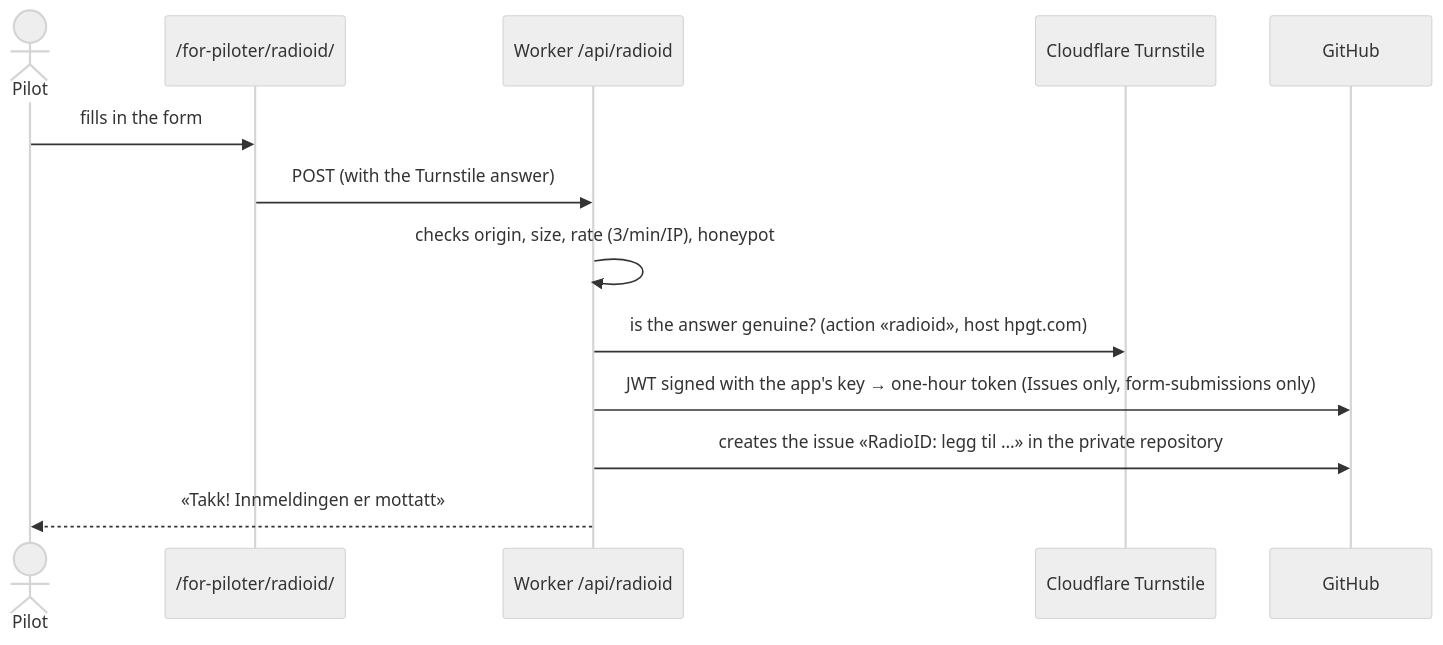
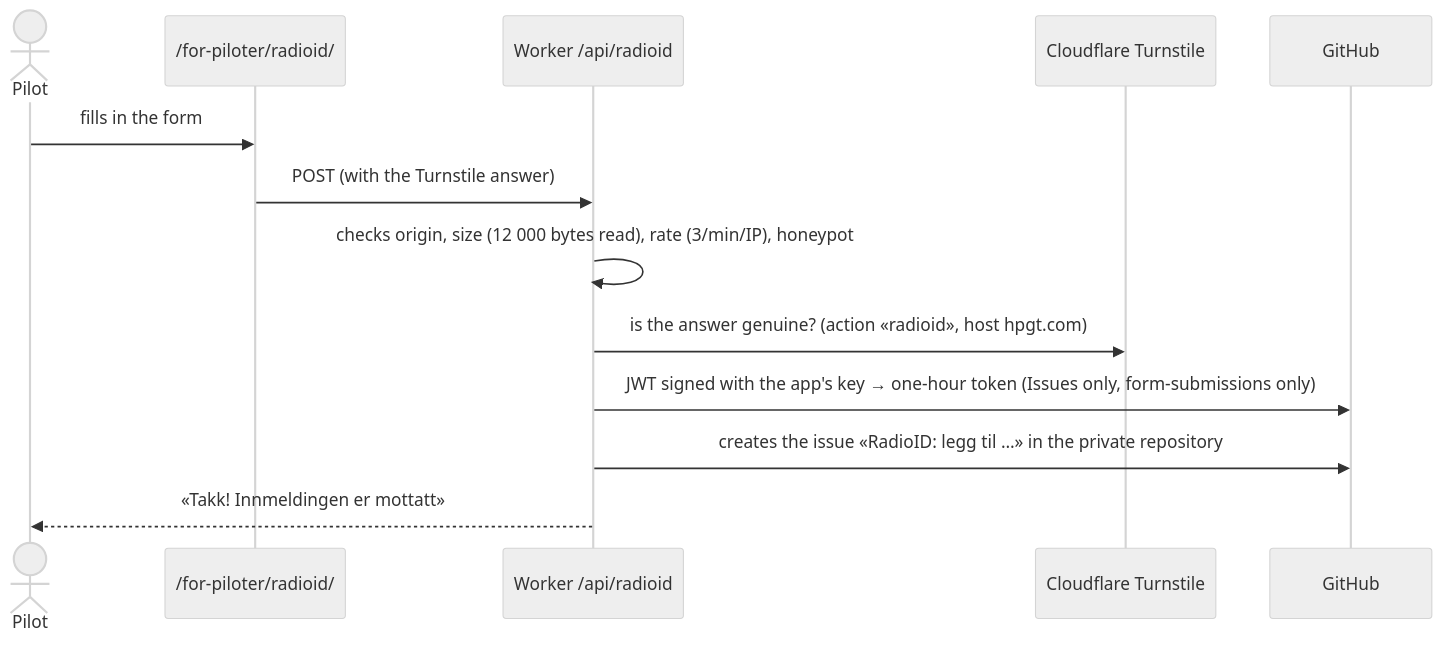
Before and after one commit to hpgt-com/hpgt-web: the third of 3 diagrams in docs/architecture.md, drawn with Mermaid (neutral theme). The commit also changed 6 other files, not shown here.

````diff
--- a/docs/architecture.md
+++ b/docs/architecture.md
@@ -132,16 +132,16 @@
 ```mermaid
 sequenceDiagram
   actor Pilot
   participant Page as /for-piloter/radioid/
   participant W as Worker /api/radioid
   participant TS as Cloudflare Turnstile
   participant GH as GitHub
 
   Pilot->>Page: fills in the form
   Page->>W: POST (with the Turnstile answer)
-  W->>W: checks origin, size, rate (3/min/IP), honeypot
+  W->>W: checks origin, size (12 000 bytes read), rate (3/min/IP), honeypot
   W->>TS: is the answer genuine? (action «radioid», host hpgt.com)
   W->>GH: JWT signed with the app's key → one-hour token (Issues only, form-submissions only)
   W->>GH: creates the issue «RadioID: legg til …» in the private repository
   W-->>Pilot: «Takk! Innmeldingen er mottatt»
 ```
````
